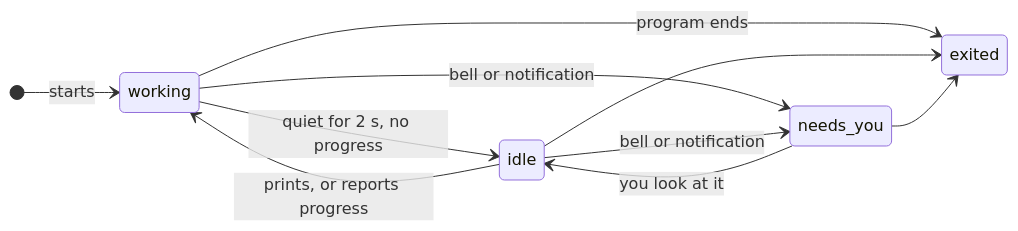
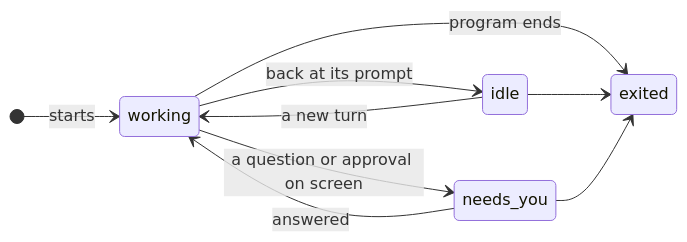
The first of 2 diagrams in docs/specs/agent-status.md (jemdiggity/kanna-v4), drawn with Mermaid before and after one commit. The commit also changed other lines of this file and 1 other file, not shown here.

Commit message:
Agent status: screen rules, hot-loaded per agent

````diff
--- a/docs/specs/agent-status.md
+++ b/docs/specs/agent-status.md
@@ -20,13 +21,12 @@
 ```mermaid
 stateDiagram-v2
     direction LR
     [*] --> working: starts
-    working --> idle: quiet for 2 s, no progress
-    idle --> working: prints, or reports progress
-    working --> needs_you: bell or notification
-    idle --> needs_you: bell or notification
-    needs_you --> idle: you look at it
+    working --> needs_you: a question or approval on screen
+    needs_you --> working: answered
+    working --> idle: back at its prompt
+    idle --> working: a new turn
     working --> exited: program ends
     idle --> exited
     needs_you --> exited
 ```
````
